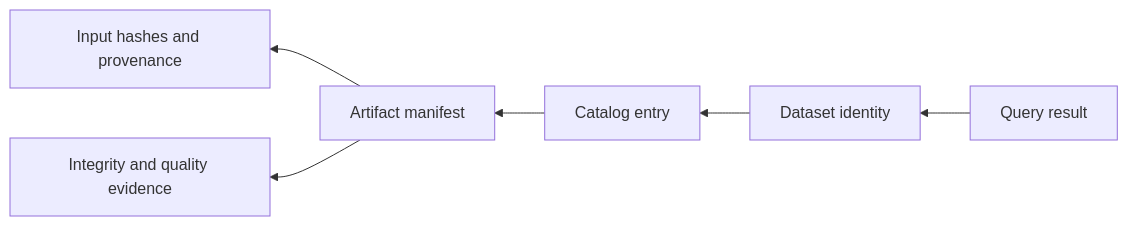
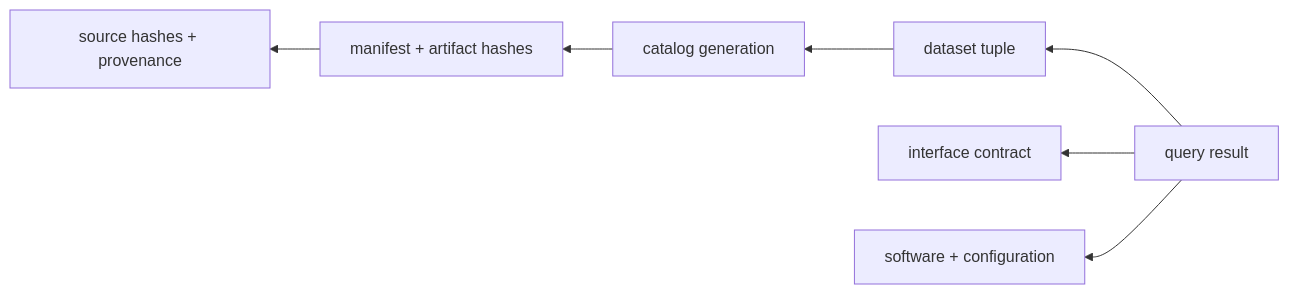
Before and after one commit to bijux/bijux-atlas: the third of 3 diagrams in docs/bijux-atlas/foundations/what-atlas-is.md, drawn with Mermaid. The commit also changed other lines of this file and 2 other files, not shown here.

````diff
--- a/docs/bijux-atlas/foundations/what-atlas-is.md
+++ b/docs/bijux-atlas/foundations/what-atlas-is.md
@@ -163,8 +102,9 @@
 ```mermaid
 flowchart RL
-    Result[Query result] --> Dataset[Dataset identity]
-    Dataset --> Catalog[Catalog entry]
-    Catalog --> Manifest[Artifact manifest]
-    Manifest --> Inputs[Input hashes and provenance]
-    Manifest --> Checks[Integrity and quality evidence]
+    Result["query result"] --> Dataset["dataset tuple"]
+    Dataset --> Catalog["catalog generation"]
+    Catalog --> Manifest["manifest + artifact hashes"]
+    Manifest --> Inputs["source hashes + provenance"]
+    Result --> Contract["interface contract"]
+    Result --> Runtime["software + configuration"]
 ```
````
